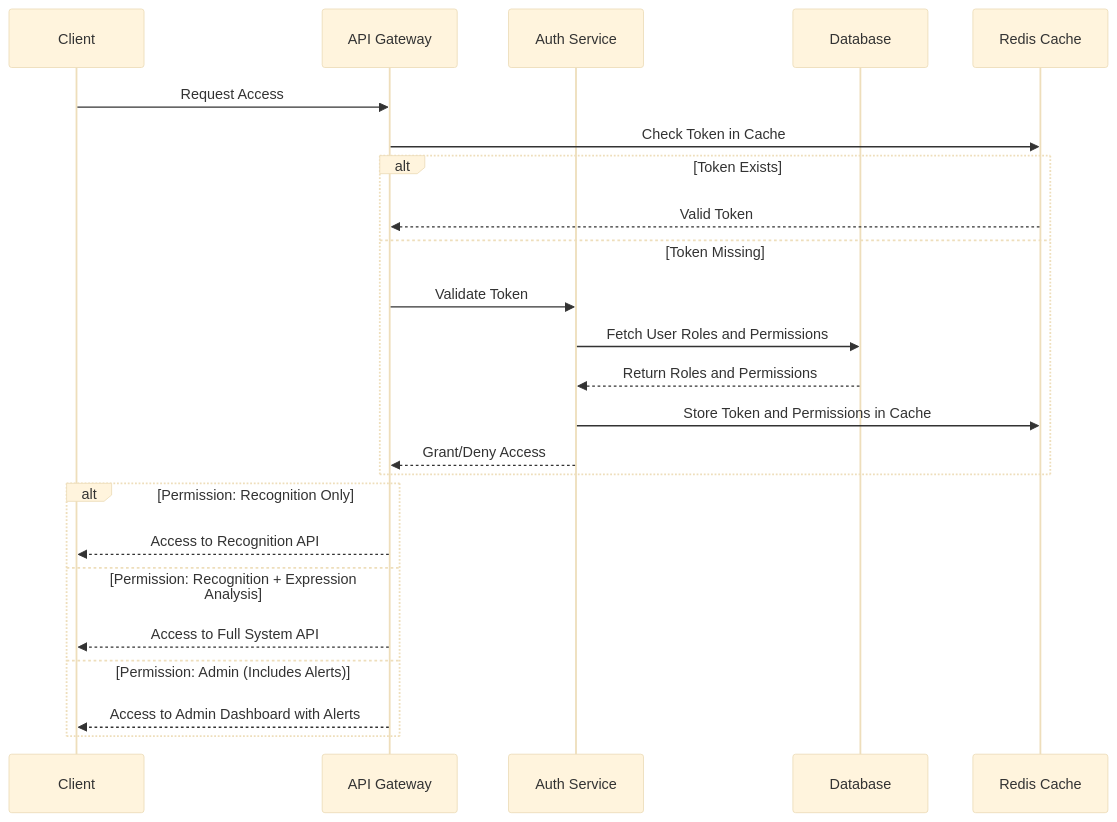
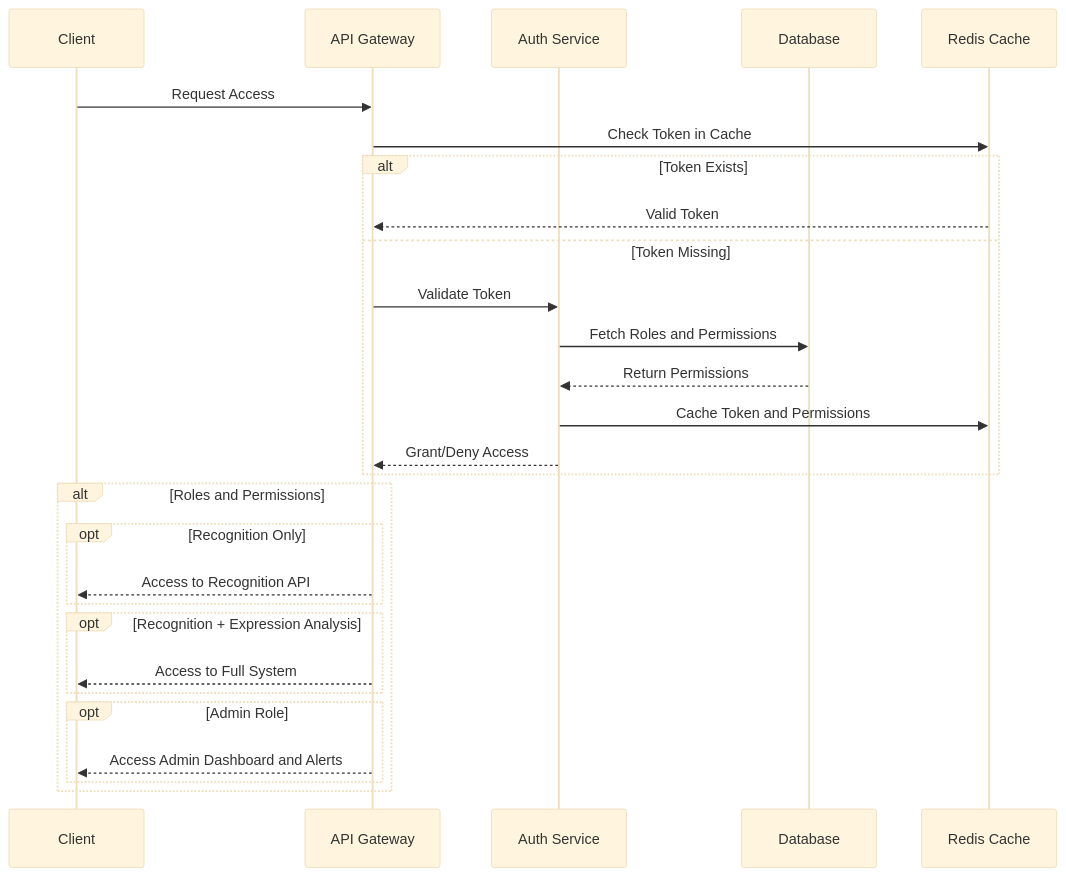
One commit to usanaphtal112/Rw-eye-01 changed the second of 2 diagrams in Documentations/rw_eye.md. Above: the diagram before and after it, drawn with Mermaid (base theme). The commit also changed other lines of this file, not shown here.

Commit message:
Modified documentation with alert system

````diff
--- a/Documentations/rw_eye.md
+++ b/Documentations/rw_eye.md
@@ -97,30 +102,33 @@
 ```mermaid
 sequenceDiagram
     participant C as Client
     participant AG as API Gateway
     participant AS as Auth Service
     participant DB as Database
     participant RC as Redis Cache
 
     C->>AG: Request Access
     AG->>RC: Check Token in Cache
+
     alt Token Exists
         RC-->>AG: Valid Token
     else Token Missing
         AG->>AS: Validate Token
-        AS->>DB: Fetch User Roles and Permissions
-        DB-->>AS: Return Roles and Permissions
-        AS->>RC: Store Token and Permissions in Cache
+        AS->>DB: Fetch Roles and Permissions
+        DB-->>AS: Return Permissions
+        AS->>RC: Cache Token and Permissions
         AS-->>AG: Grant/Deny Access
     end
 
-    alt Permission: Recognition Only
-        AG-->>C: Access to Recognition API
-    else Permission: Recognition + Expression Analysis
-        AG-->>C: Access to Full System API
-    else Permission: Admin (Includes Alerts)
-        AG-->>C: Access to Admin Dashboard with Alerts
+    alt Roles and Permissions
+        opt Recognition Only
+            AG-->>C: Access to Recognition API
+        end
+        opt Recognition + Expression Analysis
+            AG-->>C: Access to Full System
+        end
+        opt Admin Role
+            AG-->>C: Access Admin Dashboard and Alerts
+        end
     end
-
-
 ```
````
